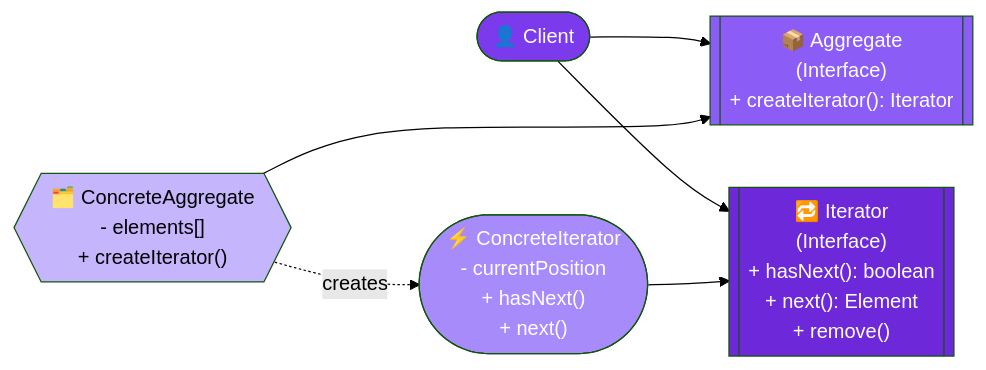
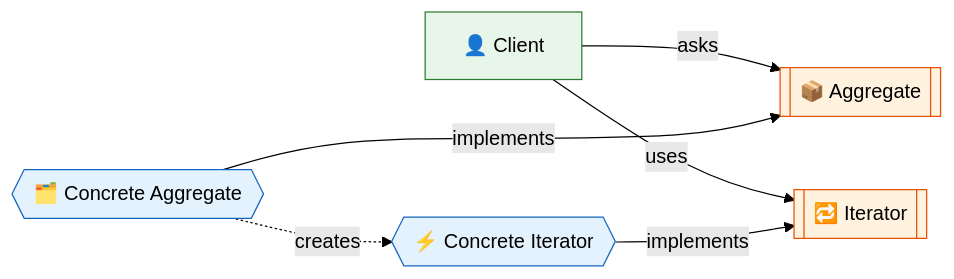
Before and after one commit to saivamsikaruturi/vamsilabs-dev-notes-main: the second of 3 diagrams in docs/designpatterns/behaviouralDesignPatterns/Iterator.md, drawn with Mermaid (forest theme). The commit also changed other lines of this file and 42 other files, not shown here.

````diff
--- a/docs/designpatterns/behaviouralDesignPatterns/Iterator.md
+++ b/docs/designpatterns/behaviouralDesignPatterns/Iterator.md
@@ -31,20 +27,14 @@
 ```mermaid
 flowchart LR
-    Client(["👤 Client"])
-    Iterator[["🔁 Iterator\n(Interface)\n+ hasNext(): boolean\n+ next(): Element\n+ remove()"]]
-    ConcreteIterator(["⚡ ConcreteIterator\n- currentPosition\n+ hasNext()\n+ next()"])
-    Aggregate[["📦 Aggregate\n(Interface)\n+ createIterator(): Iterator"]]
-    ConcreteAggregate{{"🗂️ ConcreteAggregate\n- elements[]\n+ createIterator()"}}
+    Client["👤 Client"] -->|"uses"| Iterator[["🔁 Iterator"]]
+    Client -->|"asks"| Aggregate[["📦 Aggregate"]]
+    ConcreteAgg{{"🗂️ Concrete Aggregate"}} -->|"implements"| Aggregate
+    ConcreteAgg -.->|"creates"| ConcreteIt{{"⚡ Concrete Iterator"}}
+    ConcreteIt -->|"implements"| Iterator
 
-    Client --> Iterator
-    Client --> Aggregate
-    ConcreteIterator --> Iterator
-    ConcreteAggregate --> Aggregate
-    ConcreteAggregate -.->|"creates"| ConcreteIterator
-
-    style Client fill:#7c3aed,color:#fff
-    style Iterator fill:#6d28d9,color:#fff
-    style ConcreteIterator fill:#a78bfa,color:#fff
-    style Aggregate fill:#8b5cf6,color:#fff
-    style ConcreteAggregate fill:#c4b5fd,color:#000
+    style Client fill:#E8F5E9,stroke:#2E7D32,color:#000
+    style Iterator fill:#FFF3E0,stroke:#E65100,color:#000
+    style Aggregate fill:#FFF3E0,stroke:#E65100,color:#000
+    style ConcreteAgg fill:#E3F2FD,stroke:#1565C0,color:#000
+    style ConcreteIt fill:#E3F2FD,stroke:#1565C0,color:#000
 ```
````
